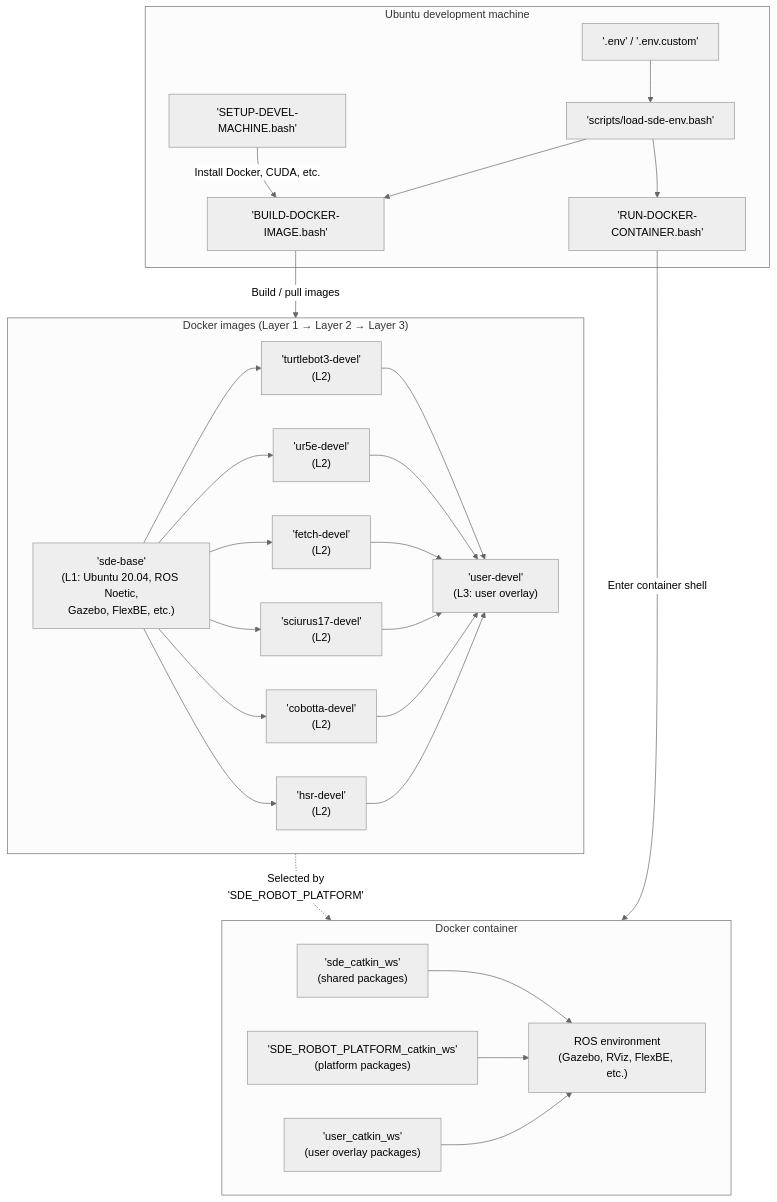
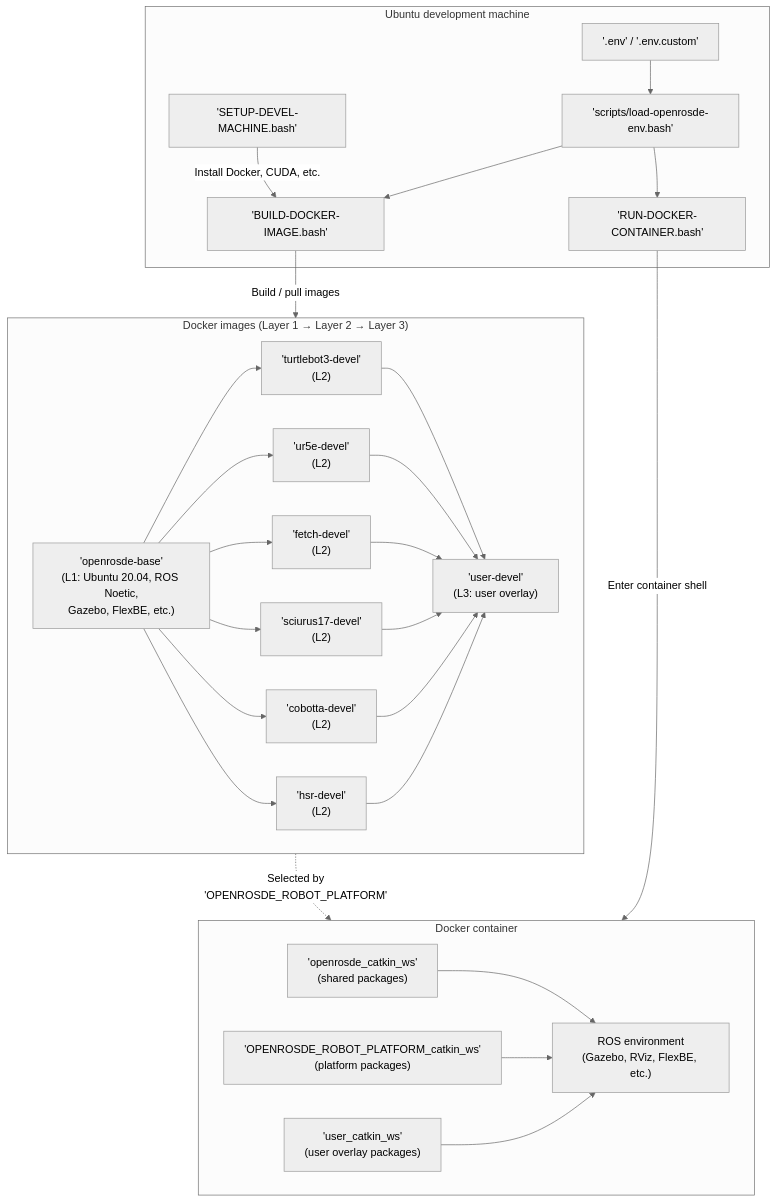
One commit to openrosde/openrosde changed the diagram in README.md. Above: the diagram before and after it, drawn with Mermaid. The commit also changed other lines of this file and 467 other files, not shown here.

````diff
--- a/README.md
+++ b/README.md
@@ -46,55 +46,55 @@
 ```mermaid
 ---
 config:
   theme: neutral
 ---
 flowchart TD
     subgraph host["Ubuntu development machine"]
         env["'.env' / '.env.custom'"]
-        loader["'scripts/load-sde-env.bash'"]
+        loader["'scripts/load-openrosde-env.bash'"]
         setup["'SETUP-DEVEL-MACHINE.bash'"]
         build["'BUILD-DOCKER-IMAGE.bash'"]
         run["'RUN-DOCKER-CONTAINER.bash'"]
         env --> loader
         setup -->|"Install Docker, CUDA, etc."| build
         loader --> build
         loader --> run
     end
 
     subgraph images["Docker images (Layer 1 → Layer 2 → Layer 3)"]
-        base["'sde-base'<br/>(L1: Ubuntu 20.04, ROS Noetic,<br/>Gazebo, FlexBE, etc.)"]
+        base["'openrosde-base'<br/>(L1: Ubuntu 20.04, ROS Noetic,<br/>Gazebo, FlexBE, etc.)"]
         turtlebot3["'turtlebot3-devel'<br/>(L2)"]
         ur5e["'ur5e-devel'<br/>(L2)"]
         base --> turtlebot3
         base --> ur5e
         fetch["'fetch-devel'<br/>(L2)"]
         base --> fetch
         sciurus17["'sciurus17-devel'<br/>(L2)"]
         base --> sciurus17
         cobotta["'cobotta-devel'<br/>(L2)"]
         base --> cobotta
         hsr["'hsr-devel'<br/>(L2)"]
         base --> hsr
         user["'user-devel'<br/>(L3: user overlay)"]
         turtlebot3 --> user
         ur5e --> user
         fetch --> user
         sciurus17 --> user
         cobotta --> user
         hsr --> user
     end
 
     subgraph container["Docker container"]
-        shared["'sde_catkin_ws'<br/>(shared packages)"]
-        platws["'SDE_ROBOT_PLATFORM_catkin_ws'<br/>(platform packages)"]
+        shared["'openrosde_catkin_ws'<br/>(shared packages)"]
+        platws["'OPENROSDE_ROBOT_PLATFORM_catkin_ws'<br/>(platform packages)"]
         userws["'user_catkin_ws'<br/>(user overlay packages)"]
         rosenv["ROS environment<br/>(Gazebo, RViz, FlexBE, etc.)"]
         shared --> rosenv
         platws --> rosenv
         userws --> rosenv
     end
 
     build -->|"Build / pull images"| images
-    images -.->|"Selected by<br/>'SDE_ROBOT_PLATFORM'"| container
+    images -.->|"Selected by<br/>'OPENROSDE_ROBOT_PLATFORM'"| container
     run -->|"Enter container shell"| container
 ```
````
